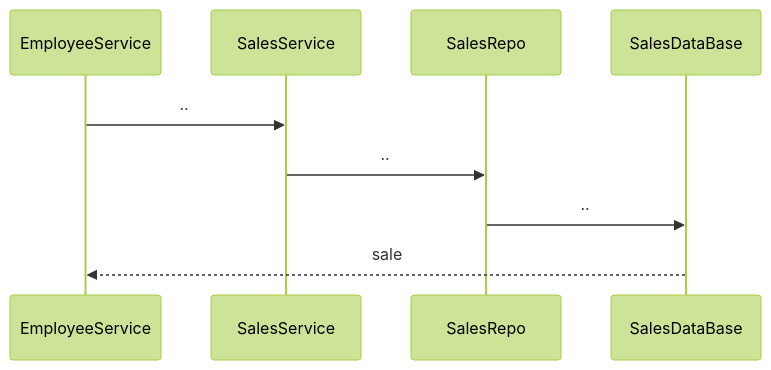
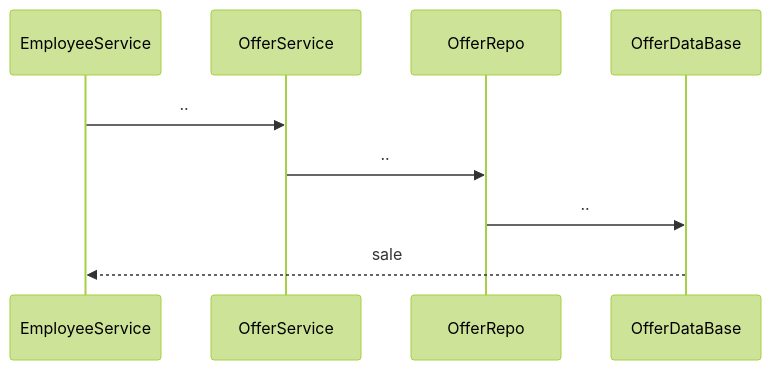
One commit to Apameus/Bookly changed the fifth of 10 diagrams in docs/high_level_architecture.md. Above: the diagram before and after it, drawn with Mermaid (forest theme). The commit also changed other lines of this file and 1 other file, not shown here.

````diff
--- a/docs/high_level_architecture.md
+++ b/docs/high_level_architecture.md
@@ -63,11 +67,11 @@
 ```mermaid
 sequenceDiagram
     participant ES as EmployeeService
-    participant SS as SalesService
-    participant SR as SalesRepo
-    participant SDB as SalesDataBase
-    ES ->> SS: ..
-    SS ->> SR: ..
-    SR ->> SDB: ..
-    SDB -->> ES: sale
+    participant OS as OfferService
+    participant OR as OfferRepo
+    participant ODB as OfferDataBase
+    ES ->> OS: ..
+    OS ->> OR: ..
+    OR ->> ODB: ..
+    ODB -->> ES: sale
 ```
````
